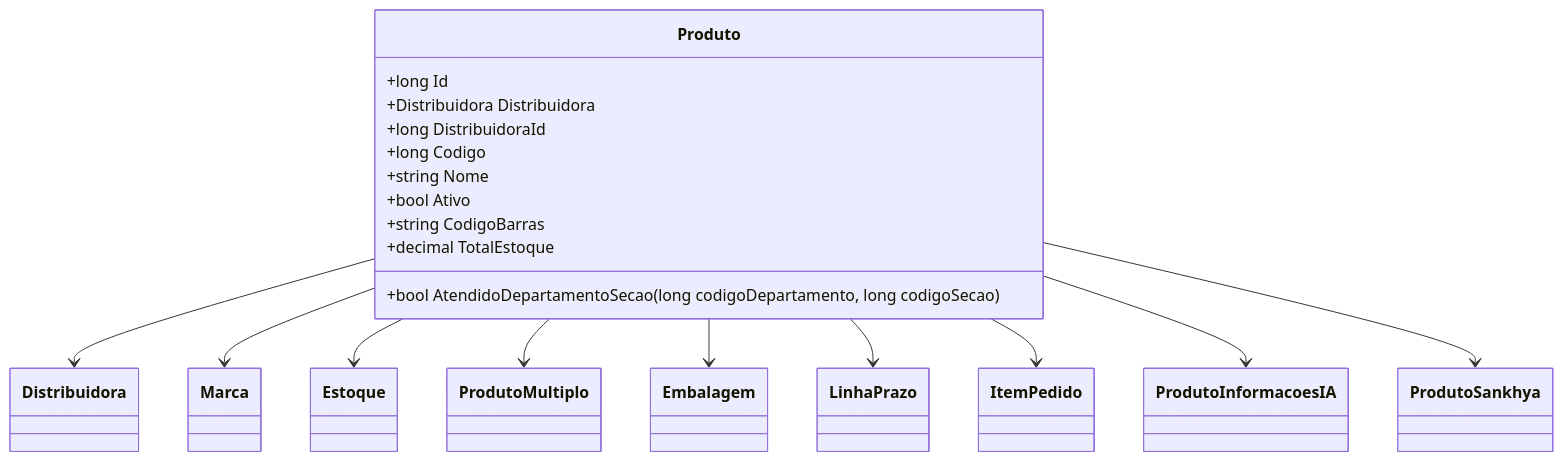
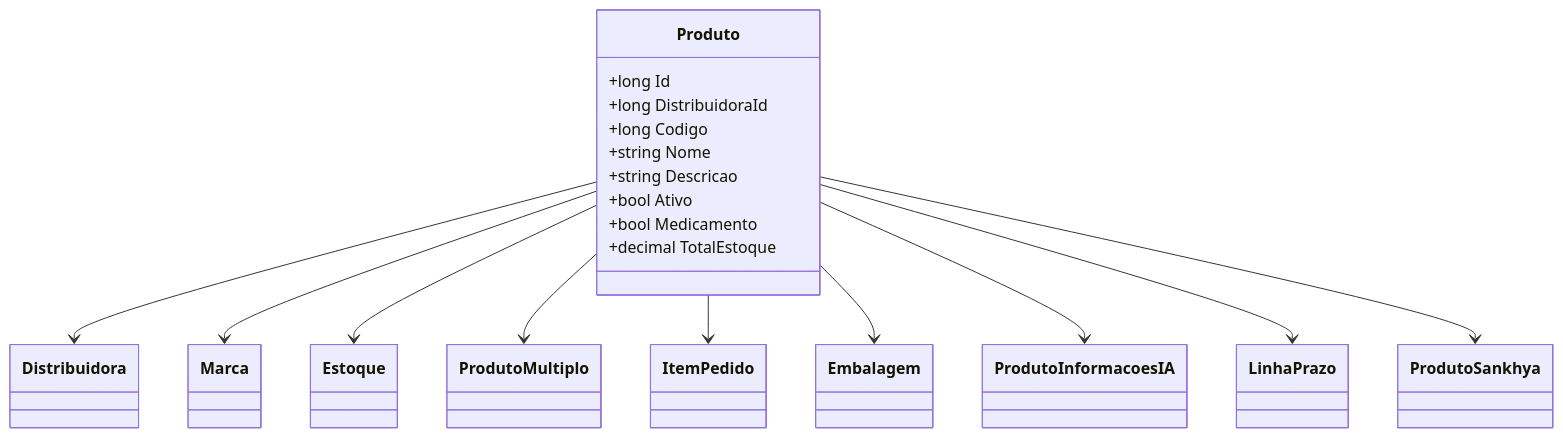
One commit to IsthmusSistemas/documentacao-tecnica changed the diagram in docs/b2b-dominio/IsthmusWinthor.Nucleo/IsthmusWinthor.Dominio/Entidades/Produto.md. Above: the diagram before and after it, drawn with Mermaid. The commit also changed other lines of this file and 882 other files, not shown here.

````diff
--- a/docs/b2b-dominio/IsthmusWinthor.Nucleo/IsthmusWinthor.Dominio/Entidades/Produto.md
+++ b/docs/b2b-dominio/IsthmusWinthor.Nucleo/IsthmusWinthor.Dominio/Entidades/Produto.md
@@ -63,34 +46,22 @@
 ```mermaid
 classDiagram
     class Produto {
         +long Id
-        +Distribuidora Distribuidora
         +long DistribuidoraId
         +long Codigo
         +string Nome
+        +string Descricao
         +bool Ativo
-        +string CodigoBarras
+        +bool Medicamento
         +decimal TotalEstoque
-        +bool AtendidoDepartamentoSecao(long codigoDepartamento, long codigoSecao)
     }
-    
-    class Distribuidora {}
-    class Marca {}
-    class Estoque {}
-    class ProdutoMultiplo {}
-    class Embalagem {}
-    class LinhaPrazo {}
-    class ItemPedido {}
-    class ProdutoInformacoesIA {}
-    class ProdutoSankhya {}
-
     Produto --> Distribuidora
     Produto --> Marca
     Produto --> Estoque
     Produto --> ProdutoMultiplo
+    Produto --> ItemPedido
     Produto --> Embalagem
+    Produto --> ProdutoInformacoesIA
     Produto --> LinhaPrazo
-    Produto --> ItemPedido
-    Produto --> ProdutoInformacoesIA
     Produto --> ProdutoSankhya
 ```
````
